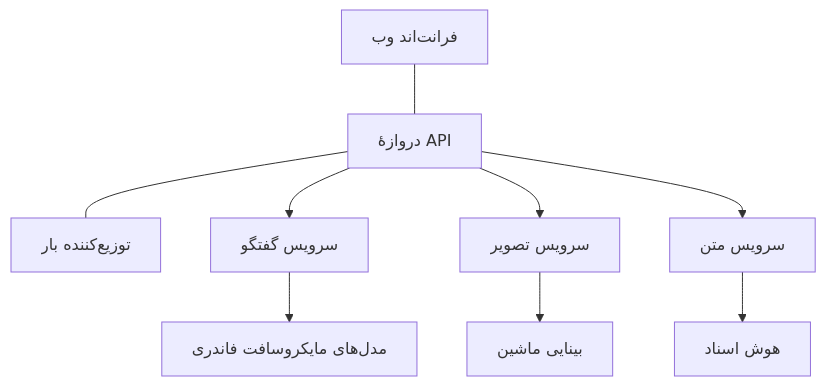
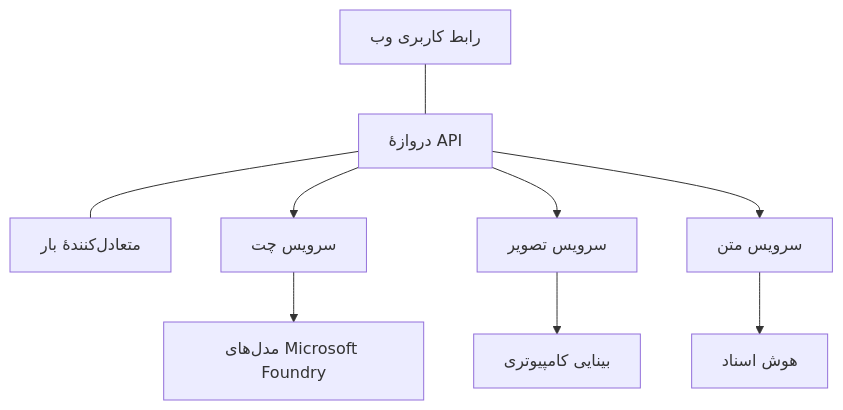
The diagram in translations/fa/docs/chapter-08-production/production-ai-practices.md (microsoft/AZD-for-beginners), drawn with Mermaid before and after one commit. The commit also changed other lines of this file and 104 other files, not shown here.

````diff
--- a/translations/fa/docs/chapter-08-production/production-ai-practices.md
+++ b/translations/fa/docs/chapter-08-production/production-ai-practices.md
@@ -30,10 +30,10 @@
 ```mermaid
 graph TD
-    Frontend[فرانت‌اند وب] --- Gateway[دروازهٔ API] --- LB[توزیع‌کننده بار]
-    Gateway --> Chat[سرویس گفتگو]
+    Frontend[رابط کاربری وب] --- Gateway[دروازهٔ API] --- LB[متعادل‌کنندهٔ بار]
+    Gateway --> Chat[سرویس چت]
     Gateway --> Image[سرویس تصویر]
     Gateway --> Text[سرویس متن]
-    Chat --> OpenAI[مدل‌های مایکروسافت فاندری]
-    Image --> Vision[بینایی ماشین]
+    Chat --> OpenAI[مدل‌های Microsoft Foundry]
+    Image --> Vision[بینایی کامپیوتری]
     Text --> DocIntel[هوش اسناد]
 ```
````
